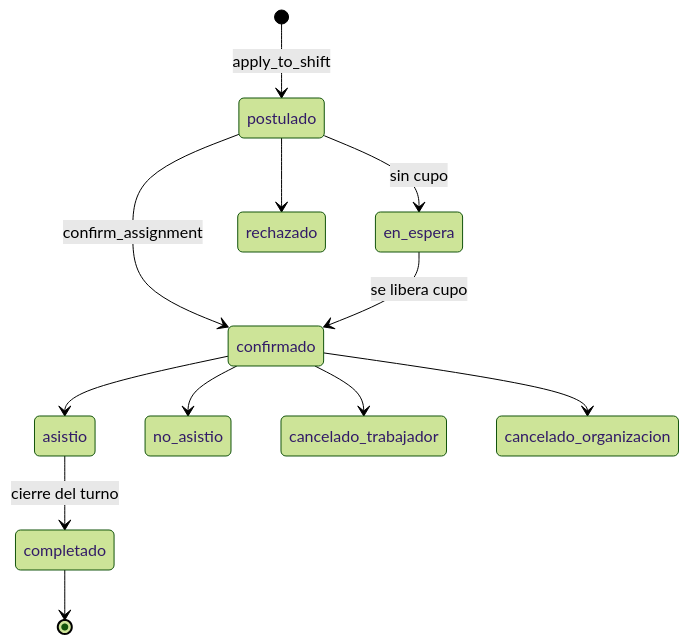
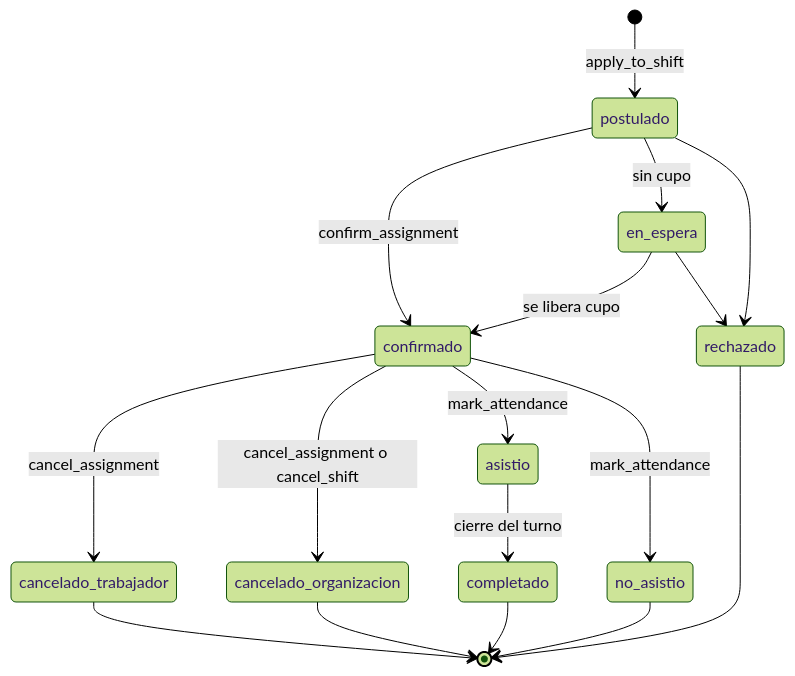
The seventh of 9 diagrams in docs/rediseno/03-base-de-datos.md (juanfosorio19-lab/TalentlyApp), drawn with Mermaid (forest theme) before and after one commit. The commit also changed other lines of this file, not shown here.

````diff
--- a/docs/rediseno/03-base-de-datos.md
+++ b/docs/rediseno/03-base-de-datos.md
@@ -327,14 +1411,19 @@
 ```mermaid
 stateDiagram-v2
   [*] --> postulado : apply_to_shift
   postulado --> confirmado : confirm_assignment
   postulado --> en_espera : sin cupo
+  postulado --> rechazado
   en_espera --> confirmado : se libera cupo
-  postulado --> rechazado
-  confirmado --> asistio
-  confirmado --> no_asistio
-  confirmado --> cancelado_trabajador
-  confirmado --> cancelado_organizacion
+  en_espera --> rechazado
+  confirmado --> cancelado_trabajador : cancel_assignment
+  confirmado --> cancelado_organizacion : cancel_assignment o cancel_shift
+  confirmado --> asistio : mark_attendance
+  confirmado --> no_asistio : mark_attendance
   asistio --> completado : cierre del turno
   completado --> [*]
+  no_asistio --> [*]
+  rechazado --> [*]
+  cancelado_trabajador --> [*]
+  cancelado_organizacion --> [*]
 ```
````
